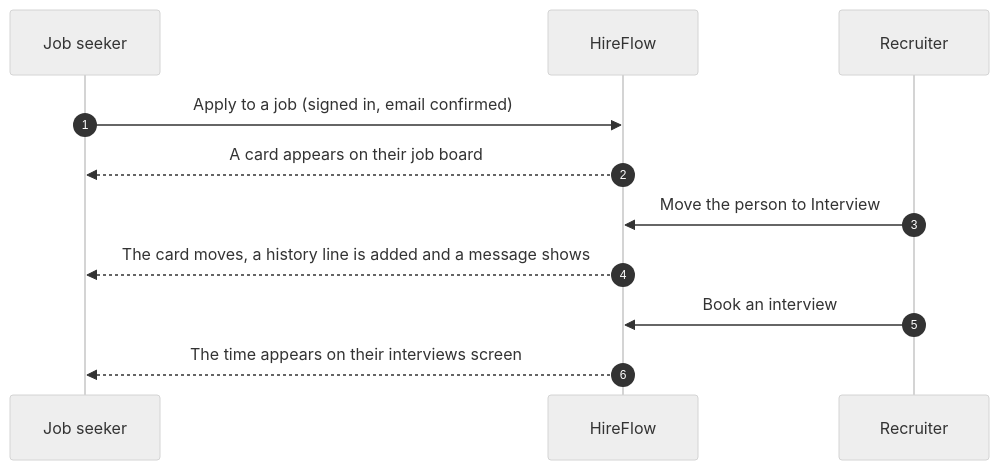
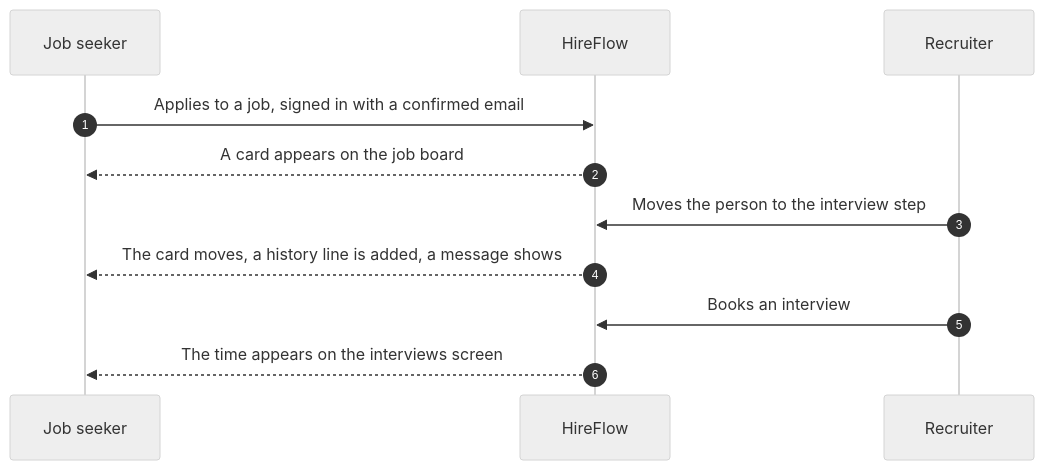
The first of 2 diagrams in README.md (ManasSaxena14/HireFlow), drawn with Mermaid (neutral theme) before and after one commit. The commit also changed other lines of this file, not shown here.

````diff
--- a/README.md
+++ b/README.md
@@ -58,13 +68,13 @@
 ```mermaid
 sequenceDiagram
   autonumber
   participant S as Job seeker
   participant H as HireFlow
   participant R as Recruiter
-  S->>H: Apply to a job (signed in, email confirmed)
-  H-->>S: A card appears on their job board
-  R->>H: Move the person to Interview
-  H-->>S: The card moves, a history line is added and a message shows
-  R->>H: Book an interview
-  H-->>S: The time appears on their interviews screen
+  S->>H: Applies to a job, signed in with a confirmed email
+  H-->>S: A card appears on the job board
+  R->>H: Moves the person to the interview step
+  H-->>S: The card moves, a history line is added, a message shows
+  R->>H: Books an interview
+  H-->>S: The time appears on the interviews screen
 ```
````
